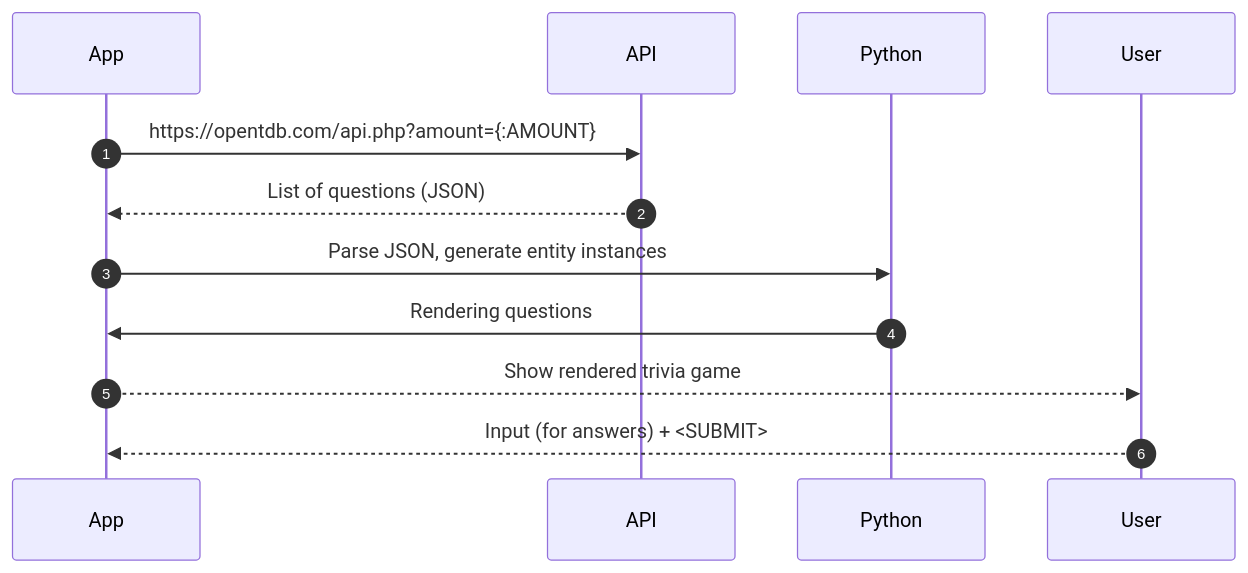
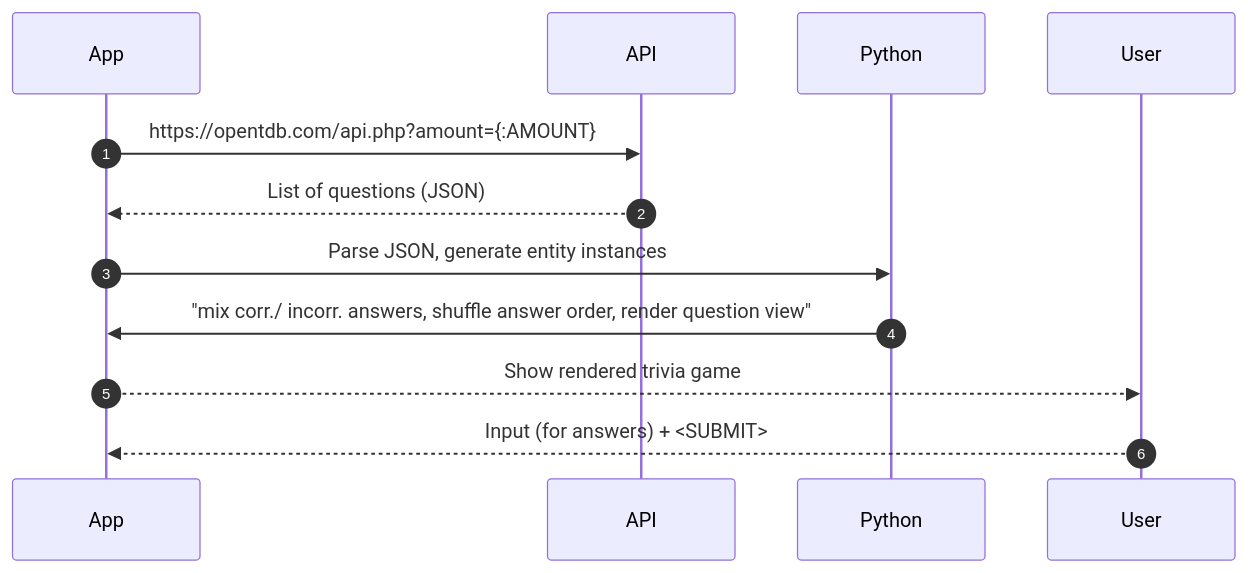
Before and after one commit to nevsglueckauf/trivia_db_game: the diagram in doq/dad.md, drawn with Mermaid. The commit also changed 3 other files, not shown here.

````diff
--- a/doq/dad.md
+++ b/doq/dad.md
@@ -5,12 +5,12 @@
 ```mermaid
 sequenceDiagram
     autonumber
     
     App->>API: https://opentdb.com/api.php?amount={:AMOUNT}
     API-->>App: List of questions (JSON)
     App->>Python:  Parse JSON, generate entity instances 
-    Python->>App:  Rendering questions
+    Python->>App:  "mix corr./ incorr. answers, shuffle answer order, render question view"
     App-->>User: Show rendered trivia game
     User-->>App: Input (for answers) + <SUBMIT>
-    
+
 ```
````
